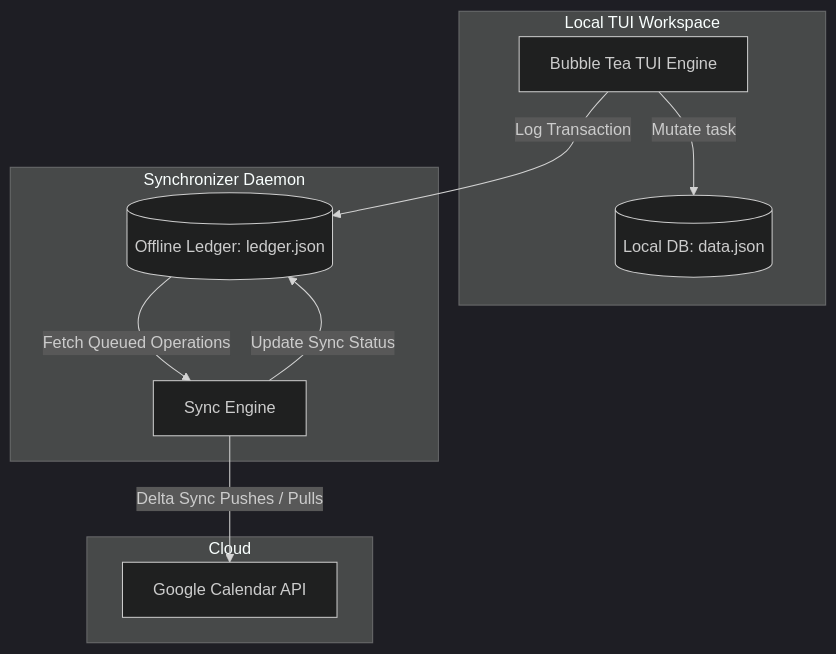
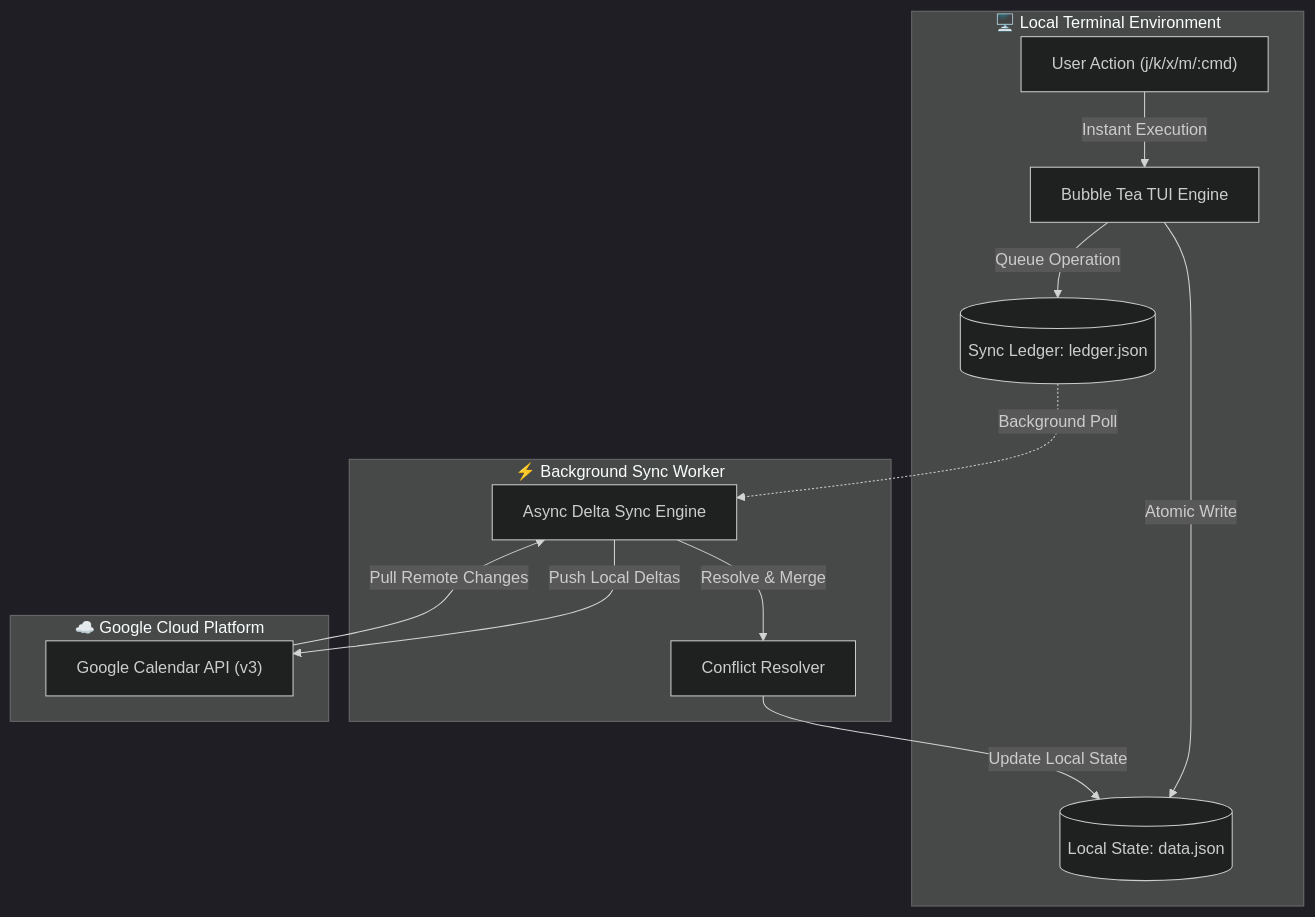
Before and after one commit to mudoker/stream: the diagram in README.md, drawn with Mermaid (dark theme). The commit also changed other lines of this file and 1 other file, not shown here.

Commit message:
docs(readme): enrich and modernize README with badges, architecture, and comprehensive feature guide

````diff
--- a/README.md
+++ b/README.md
@@ -177,22 +202,27 @@
 ```mermaid
 flowchart TD
-    subgraph Local TUI Workspace
-        TUI[Bubble Tea TUI Engine]
-        DB[(Local DB: data.json)]
+    subgraph Local_TUI ["🖥️ Local Terminal Environment"]
+        User["User Action (j/k/x/m/:cmd)"]
+        TUI["Bubble Tea TUI Engine"]
+        DB[("Local State: data.json")]
+        Ledger[("Sync Ledger: ledger.json")]
     end
 
-    subgraph Synchronizer Daemon
-        Ledger[(Offline Ledger: ledger.json)]
-        SE[Sync Engine]
+    subgraph Sync_Daemon ["⚡ Background Sync Worker"]
+        Worker["Async Delta Sync Engine"]
+        Conflict["Conflict Resolver"]
     end
 
-    subgraph Cloud
-        GCal[Google Calendar API]
+    subgraph Cloud ["☁️ Google Cloud Platform"]
+        GCal["Google Calendar API (v3)"]
     end
 
-    TUI -->|Mutate task| DB
-    TUI -->|Log Transaction| Ledger
-    Ledger -->|Fetch Queued Operations| SE
-    SE -->|Delta Sync Pushes / Pulls| GCal
-    SE -->|Update Sync Status| Ledger
+    User -->|Instant Execution| TUI
+    TUI -->|Atomic Write| DB
+    TUI -->|Queue Operation| Ledger
+    Ledger -.->|Background Poll| Worker
+    Worker -->|Push Local Deltas| GCal
+    GCal -->|Pull Remote Changes| Worker
+    Worker -->|Resolve & Merge| Conflict
+    Conflict -->|Update Local State| DB
 ```
````
